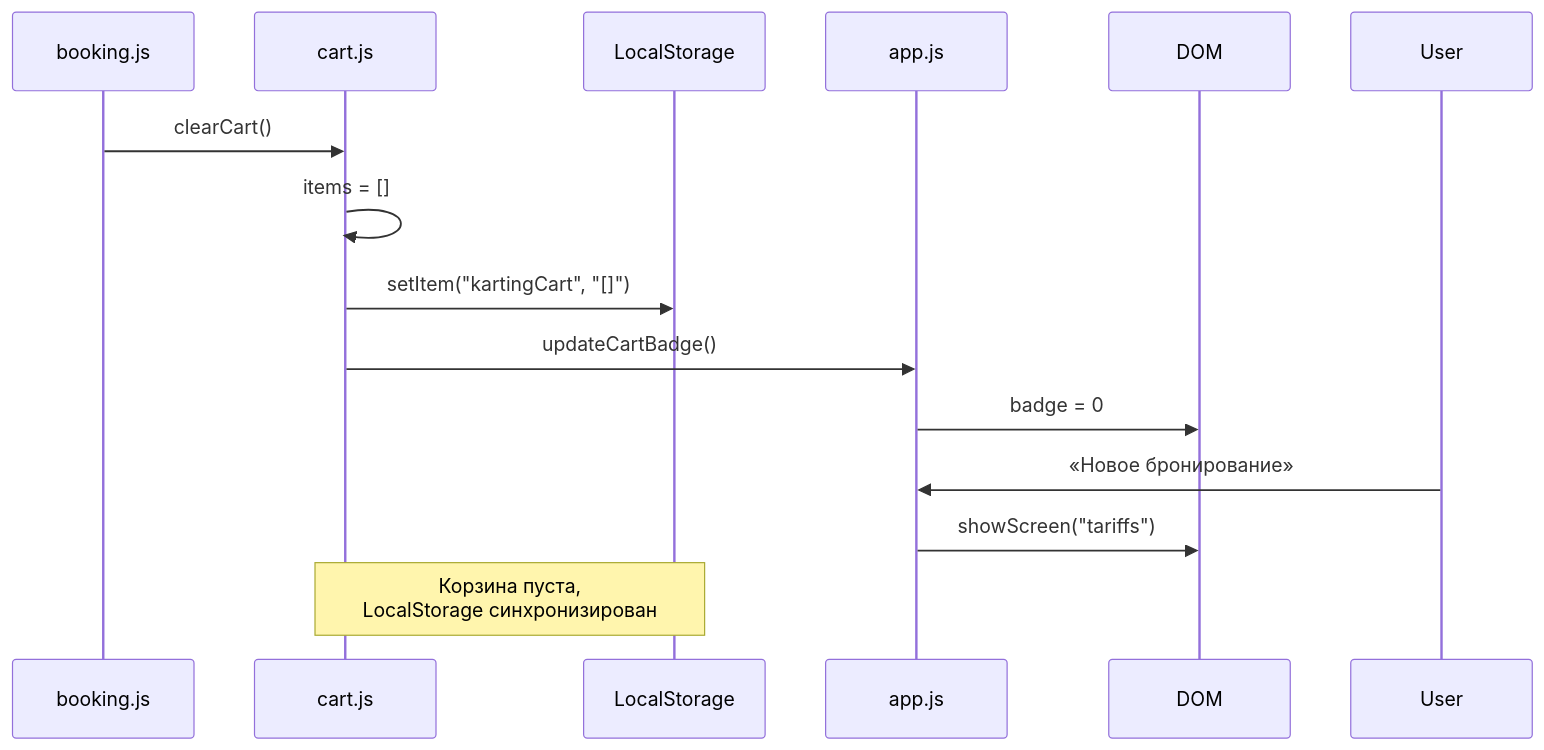
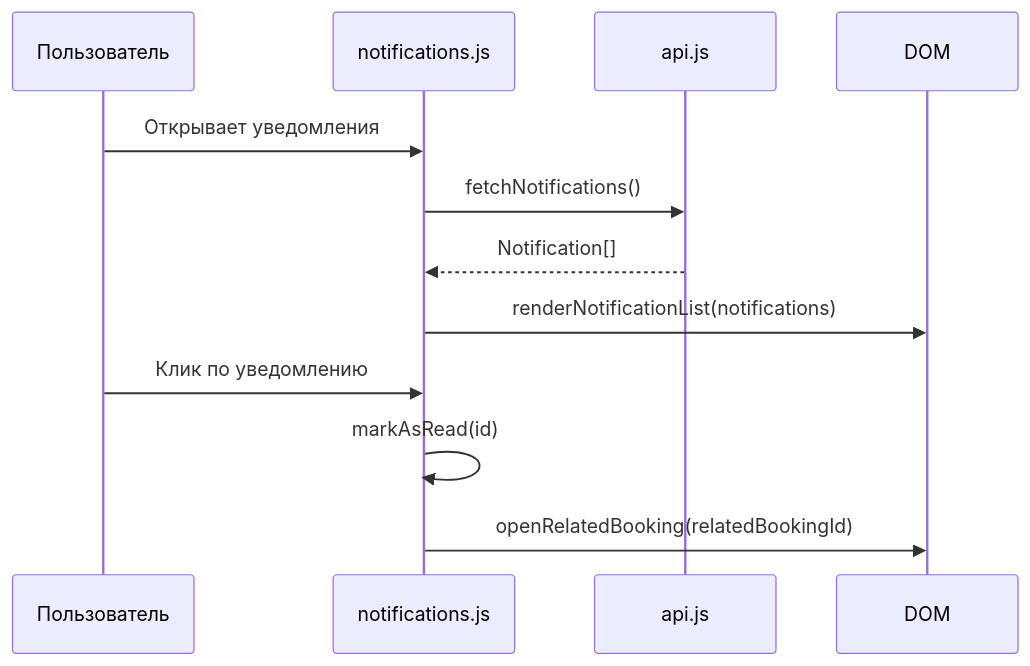
One commit to Terehov380/karting-apex changed the seventh of 7 diagrams in docs/02-architecture.md. Above: the diagram before and after it, drawn with Mermaid. The commit also changed other lines of this file and 6 other files, not shown here.

````diff
--- a/docs/02-architecture.md
+++ b/docs/02-architecture.md
@@ -375,17 +368,15 @@
 ```mermaid
 sequenceDiagram
-    participant Book as booking.js
-    participant Cart as cart.js
-    participant LS as LocalStorage
-    participant App as app.js
+    participant User as Пользователь
+    participant Notif as notifications.js
+    participant API as api.js
     participant DOM as DOM
 
-    Book->>Cart: clearCart()
-    Cart->>Cart: items = []
-    Cart->>LS: setItem("kartingCart", "[]")
-    Cart->>App: updateCartBadge()
-    App->>DOM: badge = 0
-    User->>App: «Новое бронирование»
-    App->>DOM: showScreen("tariffs")
-    Note over Cart,LS: Корзина пуста,<br/>LocalStorage синхронизирован
+    User->>Notif: Открывает уведомления
+    Notif->>API: fetchNotifications()
+    API-->>Notif: Notification[]
+    Notif->>DOM: renderNotificationList(notifications)
+    User->>Notif: Клик по уведомлению
+    Notif->>Notif: markAsRead(id)
+    Notif->>DOM: openRelatedBooking(relatedBookingId)
 ```
````
